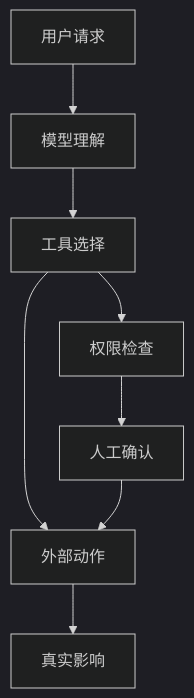
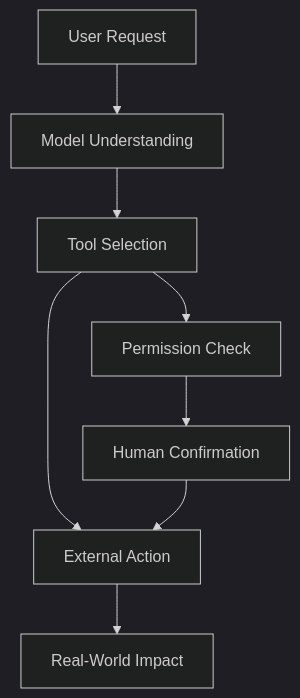
Before and after one commit to oudbiao/AI-fullstack-course: the diagram in docs/ch09-agent/ch08-eval-safety/03-agent-security.md, drawn with Mermaid (dark theme). The commit also changed other lines of this file and 1406 other files, not shown here.

````diff
--- a/docs/ch09-agent/ch08-eval-safety/03-agent-security.md
+++ b/docs/ch09-agent/ch08-eval-safety/03-agent-security.md
@@ -27,10 +27,10 @@
 ```mermaid
 flowchart TD
-  A[用户请求] --> B[模型理解]
-  B --> C[工具选择]
-  C --> D[外部动作]
-  D --> E[真实影响]
-  C --> F[权限检查]
-  F --> G[人工确认]
+  A[User Request] --> B[Model Understanding]
+  B --> C[Tool Selection]
+  C --> D[External Action]
+  D --> E[Real-World Impact]
+  C --> F[Permission Check]
+  F --> G[Human Confirmation]
   G --> D
 ```
````
